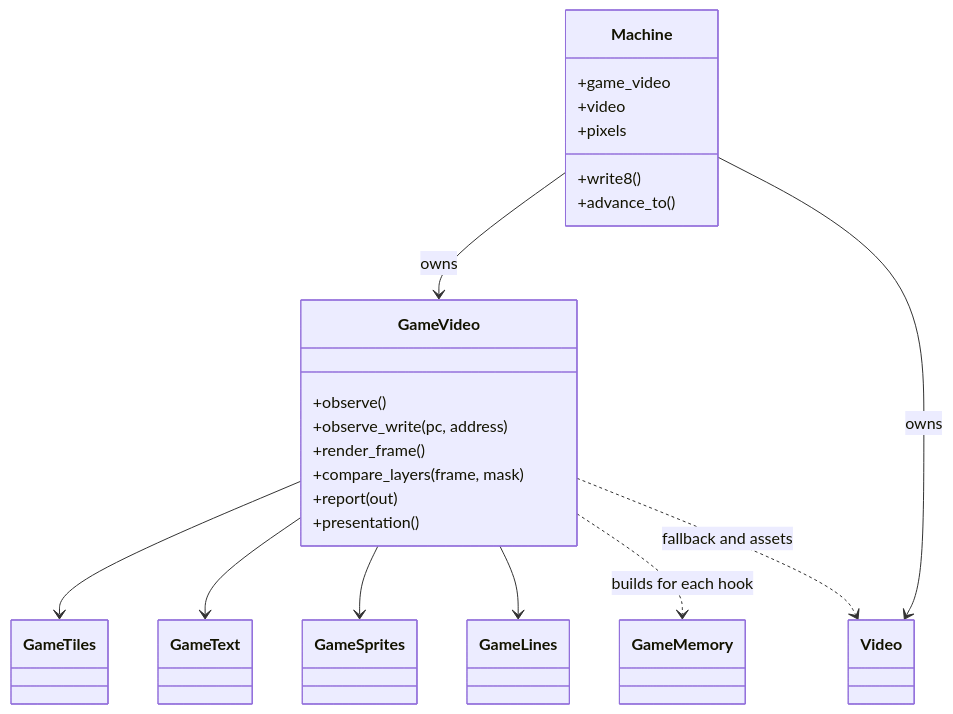
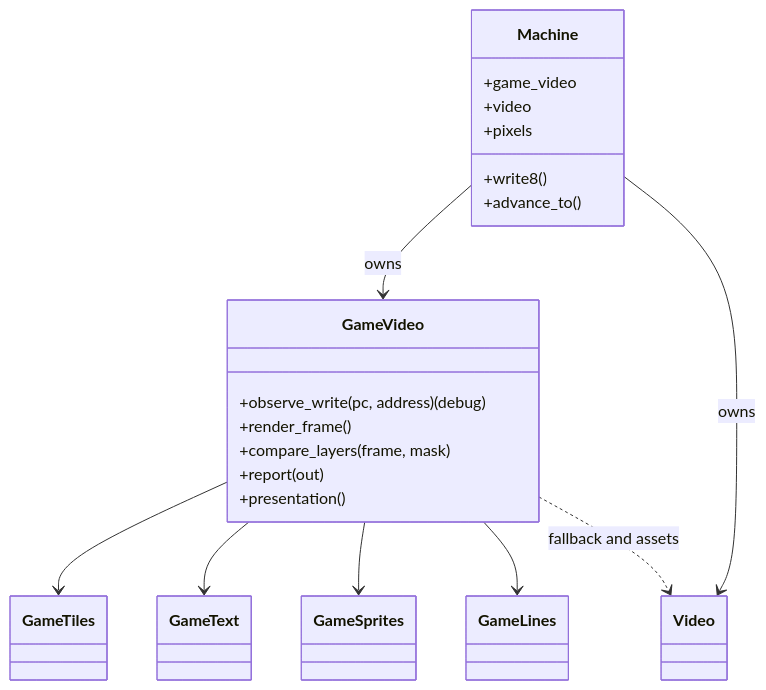
One commit to ansxor/f3-recomp changed the first of 4 diagrams in docs/site/developer/runtime/video/game-hle.md. Above: the diagram before and after it, drawn with Mermaid. The commit also changed other lines of this file and 73 other files, not shown here.

Commit message:
Rework game video HLE: generic/log/decode modules, scene/sprite/tile/text/line updates, docs refresh

````diff
--- a/docs/site/developer/runtime/video/game-hle.md
+++ b/docs/site/developer/runtime/video/game-hle.md
@@ -29,32 +51,29 @@
 ```mermaid
 classDiagram
     class Machine {
         +game_video
         +video
         +pixels
         +write8()
         +advance_to()
     }
     class GameVideo {
-        +observe()
-        +observe_write(pc, address)
+        +observe_write(pc, address) (debug)
         +render_frame()
         +compare_layers(frame, mask)
         +report(out)
         +presentation()
     }
     class GameTiles
     class GameText
     class GameSprites
     class GameLines
     class Video
-    class GameMemory
     Machine --> GameVideo : owns
     Machine --> Video : owns
     GameVideo --> GameTiles
     GameVideo --> GameText
     GameVideo --> GameSprites
     GameVideo --> GameLines
-    GameVideo ..> GameMemory : builds for each hook
     GameVideo ..> Video : fallback and assets
 ```
````
